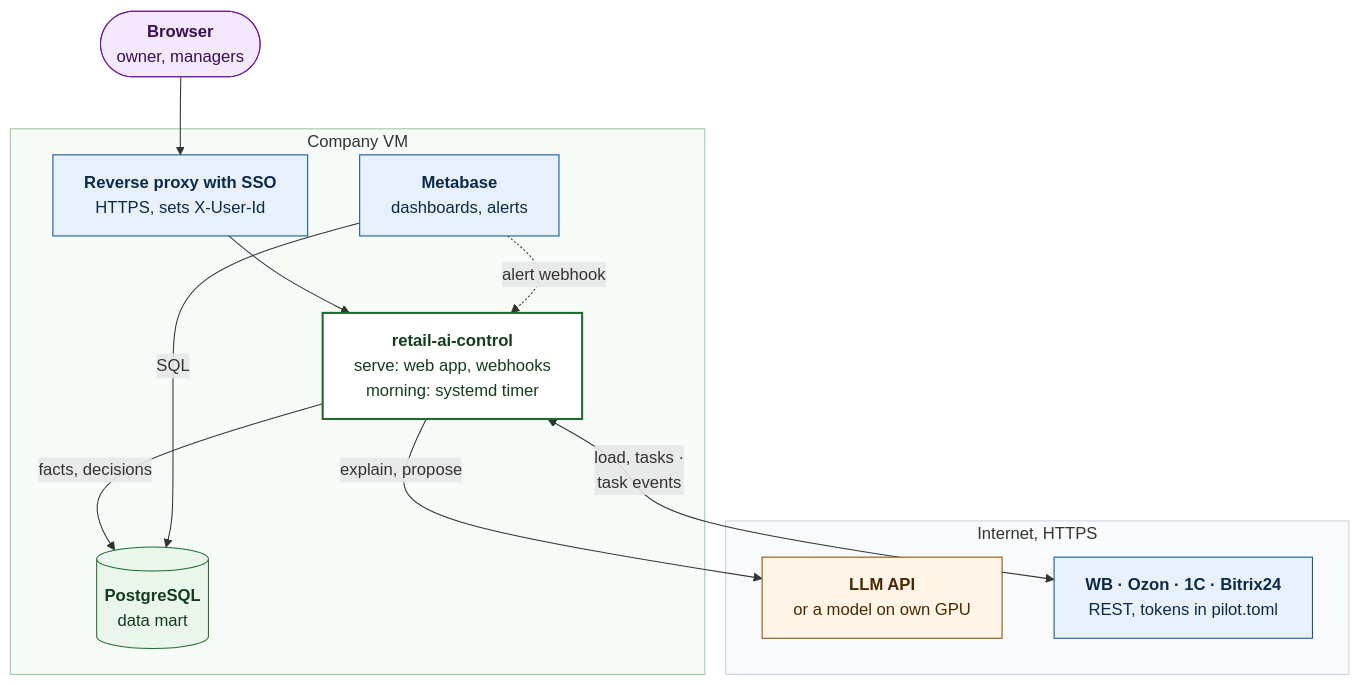
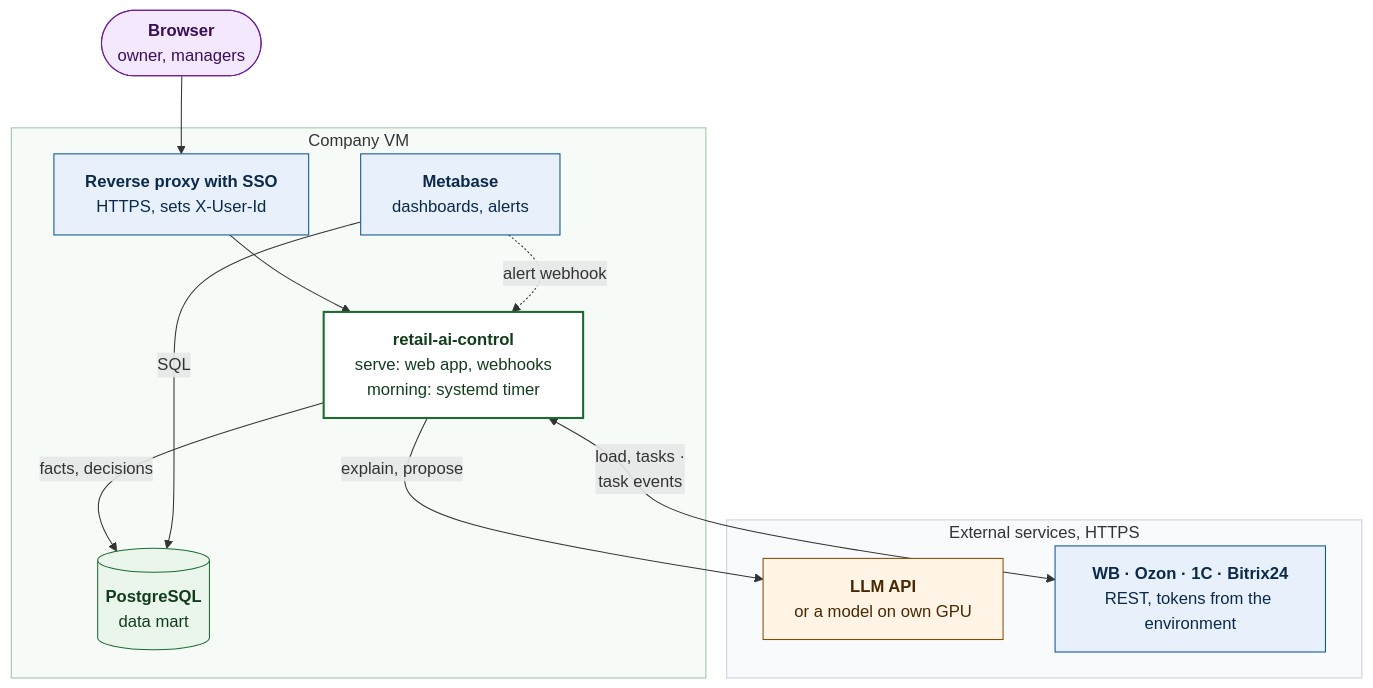
One commit to konard/marketplace-retail-ai-control changed the seventh of 7 diagrams in docs/architecture/README.md. Above: the diagram before and after it, drawn with Mermaid. The commit also changed other lines of this file and 3 other files, not shown here.

````diff
--- a/docs/architecture/README.md
+++ b/docs/architecture/README.md
@@ -293,32 +295,32 @@
 ```mermaid
 flowchart TB
   classDef ext fill:#e8f1fb,stroke:#0b5394,color:#0b2a4a
   classDef ours fill:#ffffff,stroke:#1d6b2f,stroke-width:2px,color:#123d1c
   classDef data fill:#eaf5ec,stroke:#1d6b2f,color:#123d1c
   classDef ai fill:#fff4e5,stroke:#8a4b00,color:#4a2800
   classDef human fill:#f3e8fd,stroke:#6a1b9a,color:#3b0f57
 
   U(["<b>Browser</b><br/>owner, managers"]):::human
 
   subgraph VM["Company VM"]
     SSO["<b>Reverse proxy with SSO</b><br/>HTTPS, sets X-User-Id"]:::ext
     MB["<b>Metabase</b><br/>dashboards, alerts"]:::ext
     APP["<b>retail-ai-control</b><br/>serve: web app, webhooks<br/>morning: systemd timer"]:::ours
     PG[("<b>PostgreSQL</b><br/>data mart")]:::data
   end
 
-  subgraph Outside["Internet, HTTPS"]
+  subgraph Outside["External services, HTTPS"]
     LLM["<b>LLM API</b><br/>or a model on own GPU"]:::ai
-    API["<b>WB · Ozon · 1C · Bitrix24</b><br/>REST, tokens in pilot.toml"]:::ext
+    API["<b>WB · Ozon · 1C · Bitrix24</b><br/>REST, tokens from the environment"]:::ext
   end
 
   U --> SSO --> APP
   MB -.->|"alert webhook"| APP
   APP -->|"facts, decisions"| PG
   MB -->|"SQL"| PG
   APP <-->|"load, tasks ·<br/>task events"| API
   APP -->|"explain, propose"| LLM
 
   style VM fill:#f6fbf7,stroke:#9cc5a6
   style Outside fill:#f8fafc,stroke:#c8d1dc
 ```
````
